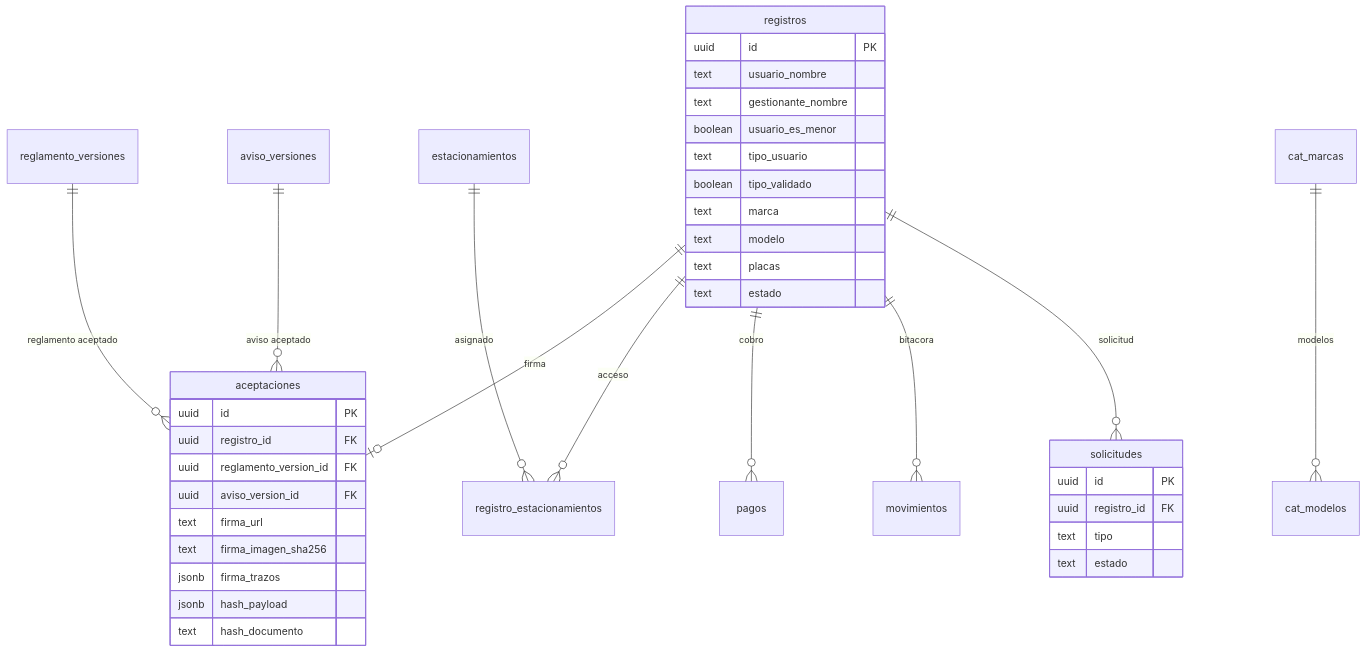
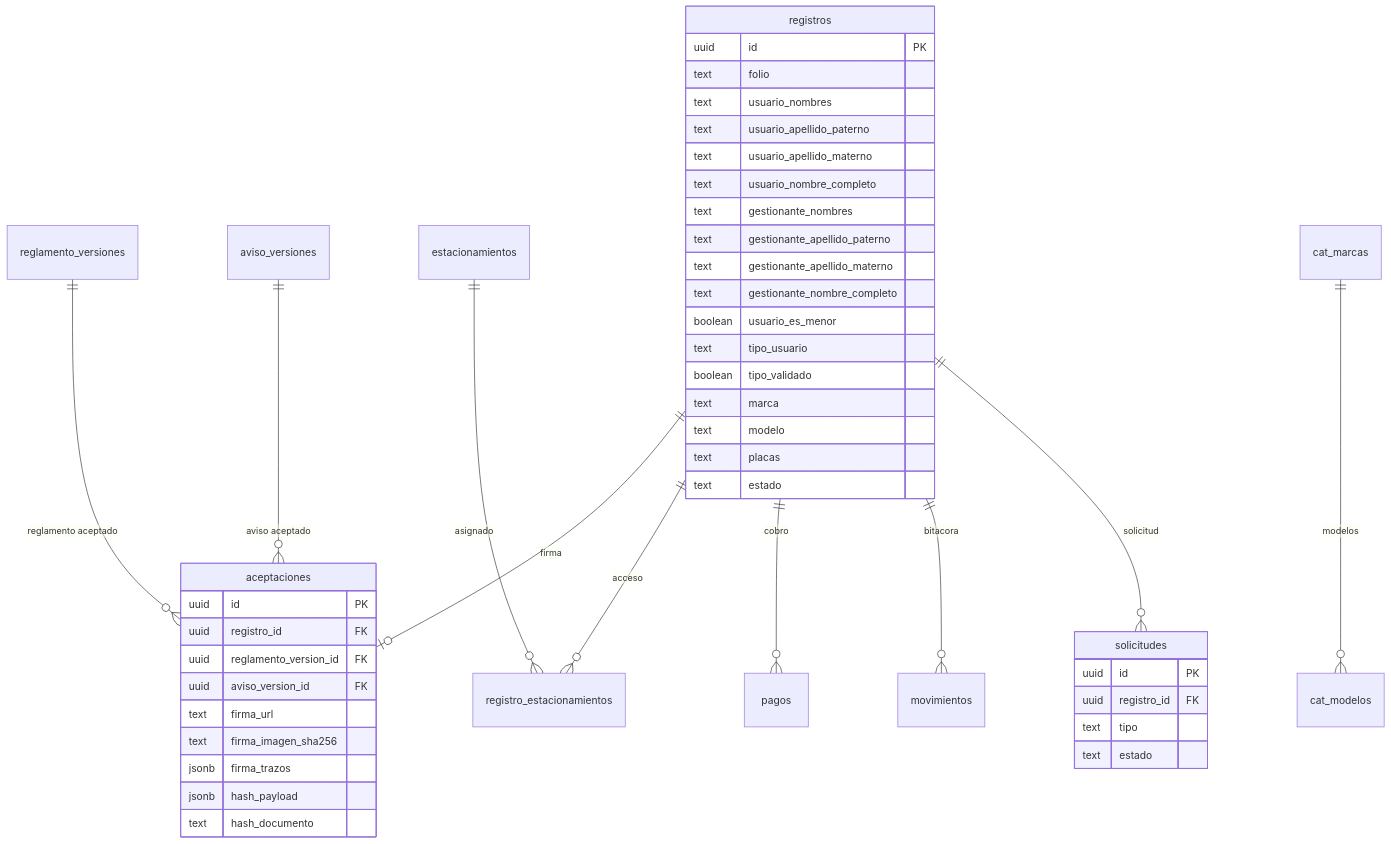
Before and after one commit to Proyectos-Web-IAQ/SATAG: the diagram in Desarrollo/01 - Modelo de Datos y Base de Datos.md, drawn with Mermaid. The commit also changed other lines of this file and 32 other files, not shown here.

````diff
--- a/Desarrollo/01 - Modelo de Datos y Base de Datos.md
+++ b/Desarrollo/01 - Modelo de Datos y Base de Datos.md
@@ -74,44 +74,51 @@
 ```mermaid
 erDiagram
     registros ||--o| aceptaciones : "firma"
     registros ||--o{ registro_estacionamientos : "acceso"
     estacionamientos ||--o{ registro_estacionamientos : "asignado"
     registros ||--o{ pagos : "cobro"
     registros ||--o{ movimientos : "bitacora"
     registros ||--o{ solicitudes : "solicitud"
     reglamento_versiones ||--o{ aceptaciones : "reglamento aceptado"
     aviso_versiones ||--o{ aceptaciones : "aviso aceptado"
     cat_marcas ||--o{ cat_modelos : "modelos"
 
     registros {
         uuid id PK
-        text usuario_nombre
-        text gestionante_nombre
+        text folio
+        text usuario_nombres
+        text usuario_apellido_paterno
+        text usuario_apellido_materno
+        text usuario_nombre_completo
+        text gestionante_nombres
+        text gestionante_apellido_paterno
+        text gestionante_apellido_materno
+        text gestionante_nombre_completo
         boolean usuario_es_menor
         text tipo_usuario
         boolean tipo_validado
         text marca
         text modelo
         text placas
         text estado
     }
 
     aceptaciones {
         uuid id PK
         uuid registro_id FK
         uuid reglamento_version_id FK
         uuid aviso_version_id FK
         text firma_url
         text firma_imagen_sha256
         jsonb firma_trazos
         jsonb hash_payload
         text hash_documento
     }
 
     solicitudes {
         uuid id PK
         uuid registro_id FK
         text tipo
         text estado
     }
 ```
````
